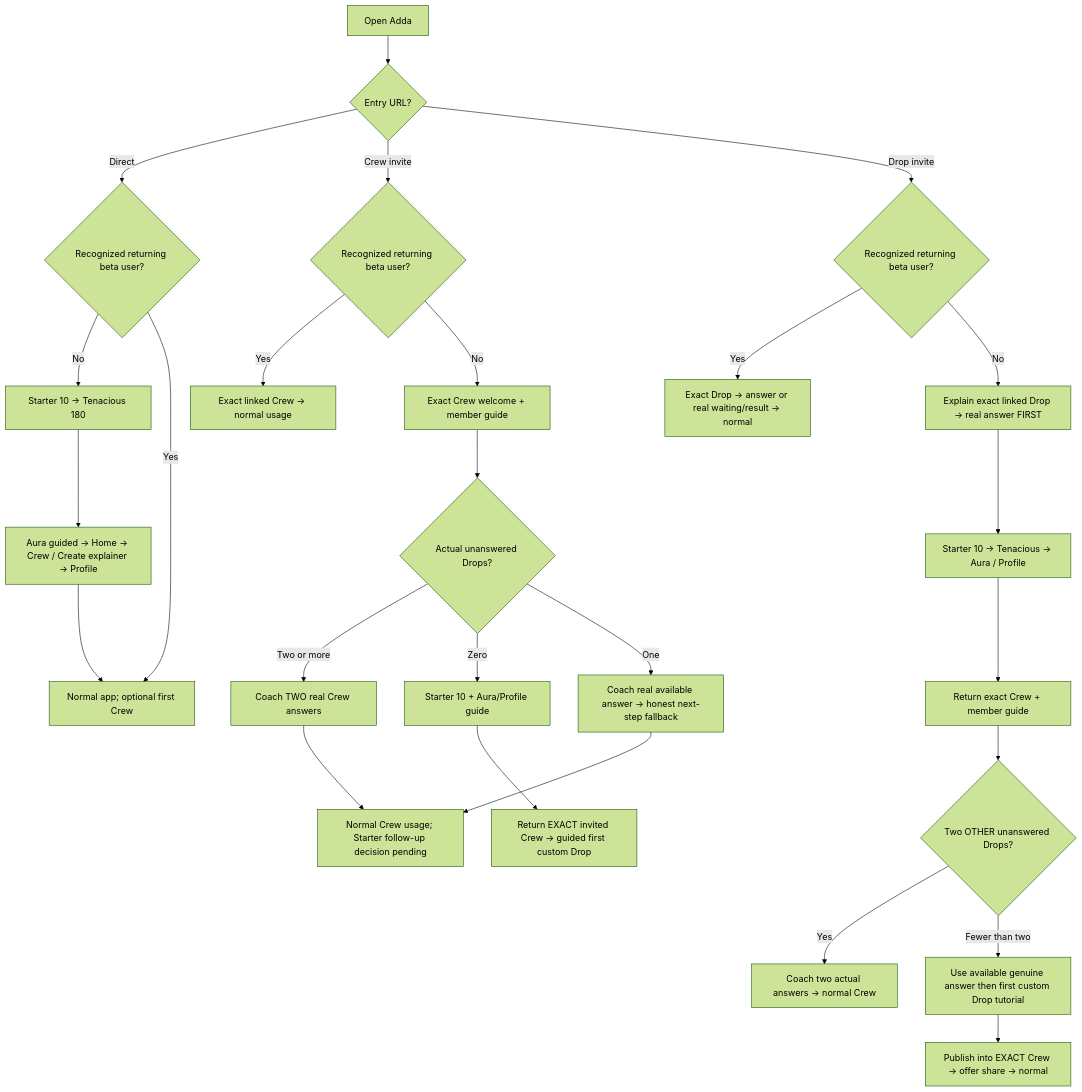
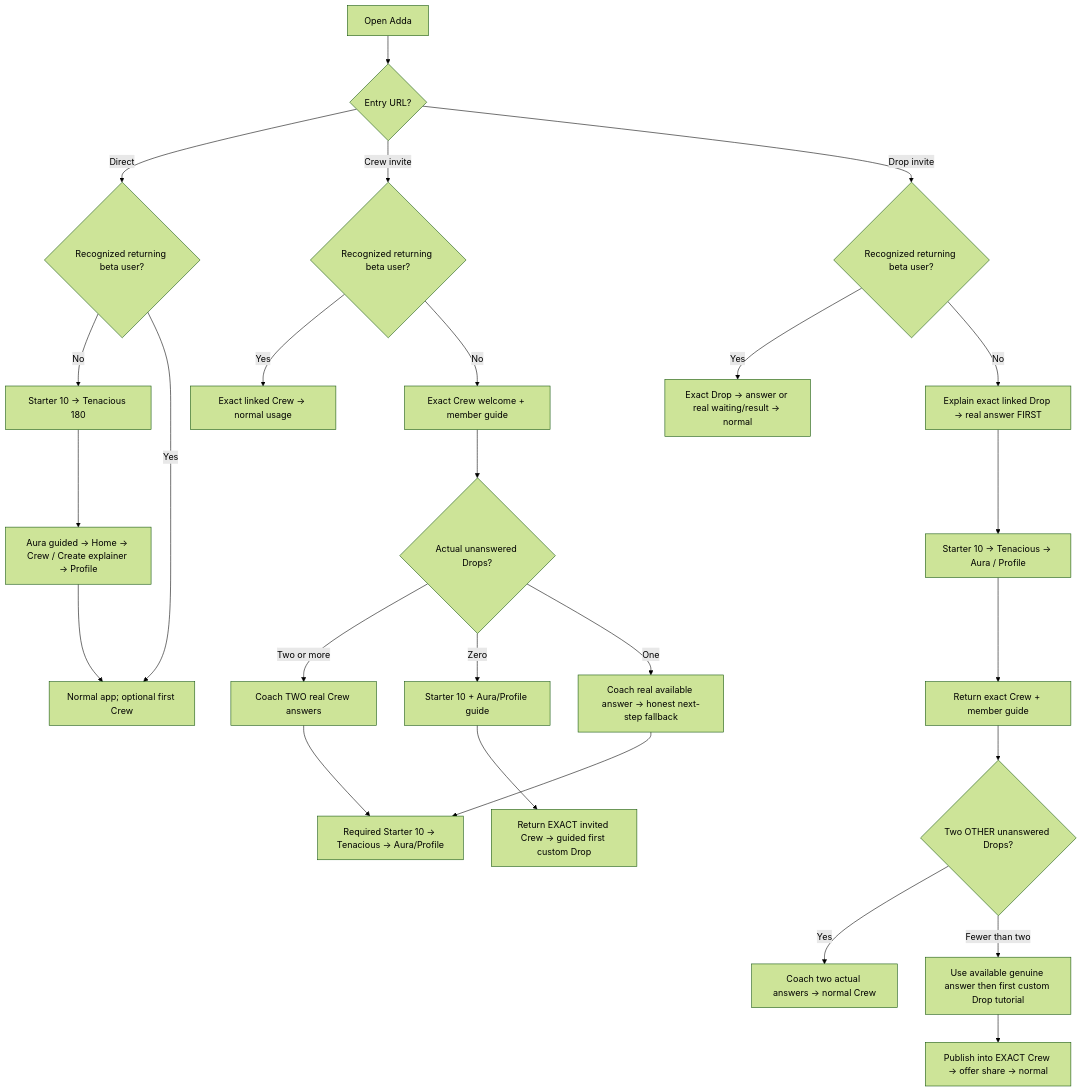
Before and after one commit to VijyantJain/project-adda-beta: the first of 4 diagrams in docs/CREW_ONBOARDING_FLOWCHARTS_V073.md, drawn with Mermaid (forest theme). The commit also changed other lines of this file and 5 other files, not shown here.

Commit message:
Confirm mandatory Starter and Aura after two real Crew-link answers

```diff
--- a/docs/CREW_ONBOARDING_FLOWCHARTS_V073.md
+++ b/docs/CREW_ONBOARDING_FLOWCHARTS_V073.md
@@ -6,28 +6,28 @@
 ~~~mermaid
 flowchart TD
  A[Open Adda] --> B{Entry URL?}
  B -->|Direct| C{Recognized returning beta user?}
  C -->|No| D[Starter 10 → Tenacious 180]
  D --> E[Aura guided → Home → Crew / Create explainer → Profile]
  E --> F[Normal app; optional first Crew]
  C -->|Yes| F
  B -->|Crew invite| G{Recognized returning beta user?}
  G -->|Yes| H[Exact linked Crew → normal usage]
  G -->|No| I[Exact Crew welcome + member guide]
  I --> J{Actual unanswered Drops?}
  J -->|Two or more| K[Coach TWO real Crew answers]
- K --> L[Normal Crew usage; Starter follow-up decision pending]
+ K --> L[Required Starter 10 → Tenacious → Aura/Profile]
  J -->|Zero| M[Starter 10 + Aura/Profile guide]
  M --> N[Return EXACT invited Crew → guided first custom Drop]
  J -->|One| O[Coach real available answer → honest next-step fallback]
  O --> L
  B -->|Drop invite| P{Recognized returning beta user?}
  P -->|Yes| Q[Exact Drop → answer or real waiting/result → normal]
  P -->|No| R[Explain exact linked Drop → real answer FIRST]
  R --> S[Starter 10 → Tenacious → Aura / Profile]
  S --> T[Return exact Crew + member guide]
  T --> U{Two OTHER unanswered Drops?}
  U -->|Yes| V[Coach two actual answers → normal Crew]
  U -->|Fewer than two| W[Use available genuine answer then first custom Drop tutorial]
  W --> X[Publish into EXACT Crew → offer share → normal]
 ~~~
```
